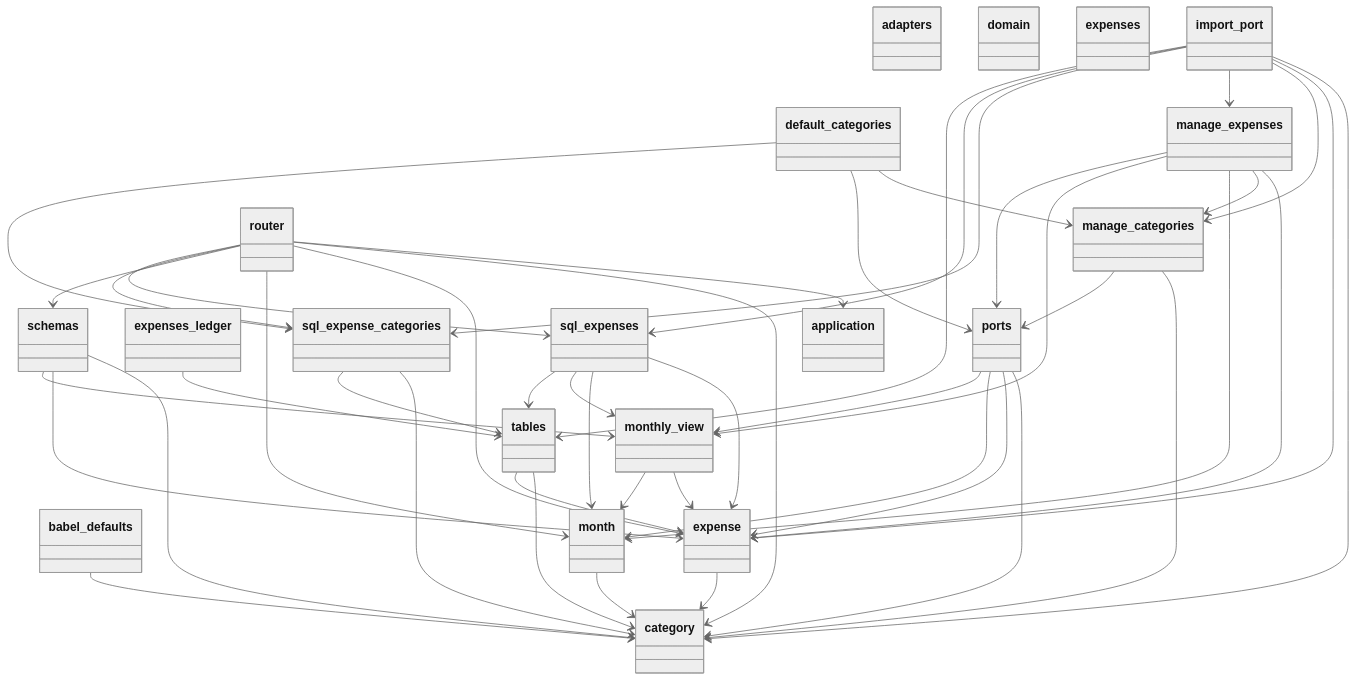
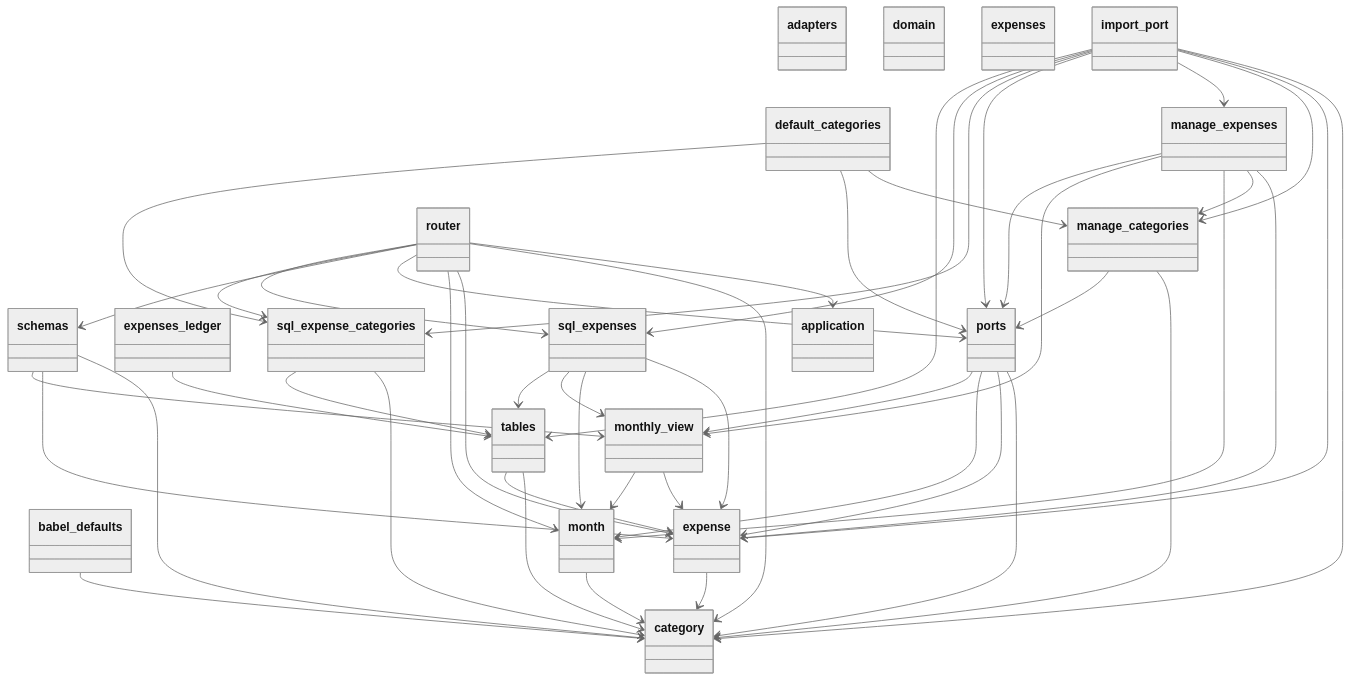
Before and after one commit to GonzaloZevallos/apostrophe: the first of 4 diagrams in docs/architecture/generated/classes/expenses.md, drawn with Mermaid (neutral theme). The commit also changed other lines of this file and 3 other files, not shown here.

Commit message:
Refresh the generated API and architecture docs for the payments and expenses money types

```diff
--- a/docs/architecture/generated/classes/expenses.md
+++ b/docs/architecture/generated/classes/expenses.md
@@ -56,6 +56,7 @@
   import_port --> expense
   import_port --> manage_categories
   import_port --> manage_expenses
+  import_port --> ports
   import_port --> sql_expense_categories
   import_port --> sql_expenses
   import_port --> tables
@@ -77,6 +78,7 @@
   router --> category
   router --> expense
   router --> month
+  router --> ports
   router --> schemas
   router --> sql_expense_categories
   router --> sql_expenses
```
